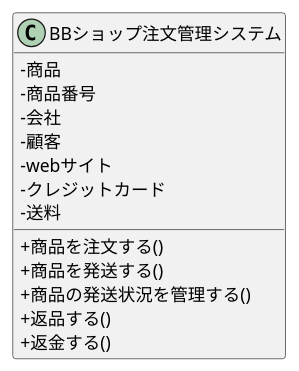
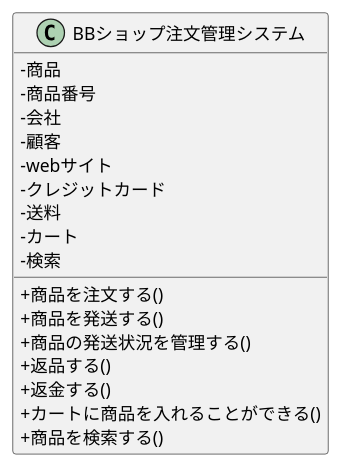
Before and after one commit to ko246/ohara_uml: the diagram in group/3-3_総合演習1_BBショップ注文管理システム/クラス図/class.pu, drawn with PlantUML.

Commit message:
クラス図変更

```diff
--- a/group/3-3_総合演習1_BBショップ注文管理システム/クラス図/class.pu
+++ b/group/3-3_総合演習1_BBショップ注文管理システム/クラス図/class.pu
@@ -1,23 +1,26 @@
 @startuml BBショップ注文管理システム
 
 skinparam classAttributeIconSize 0
 class BBショップ注文管理システム {
     '属性
     -商品
     -商品番号
     -会社
     -顧客
     -webサイト
     -クレジットカード
     -送料
+    -カート
+    -検索
 
     '操作
     +商品を注文する()
     +商品を発送する()
     +商品の発送状況を管理する()
     +返品する()
     +返金する()
-    
+    +カートに商品を入れることができる()
+    +商品を検索する()
 }
 
 @enduml
```
